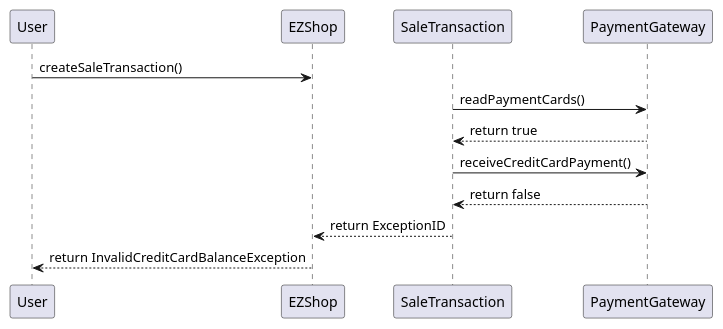
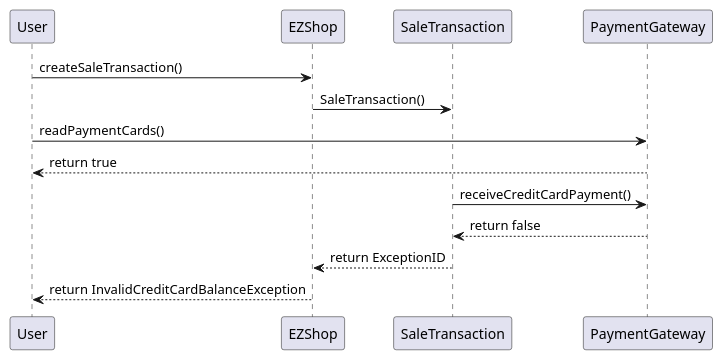
Before and after one commit to giuseppesalvi/ezshop: diagram 18 of 21 in Deliverables/DesignDocument.md, drawn with PlantUML. The commit also changed other lines of this file, not shown here.

````diff
--- a/Deliverables/DesignDocument.md
+++ b/Deliverables/DesignDocument.md
@@ -557,15 +559,16 @@
 ```plantuml
 @startuml
 participant User
 participant EZShop
 participant SaleTransaction
 participant PaymentGateway
 User -> EZShop : createSaleTransaction()
-SaleTransaction -> PaymentGateway : readPaymentCards()
-SaleTransaction <-- PaymentGateway : return true
+EZShop -> SaleTransaction : SaleTransaction()
+User -> PaymentGateway : readPaymentCards()
+User <-- PaymentGateway : return true
 SaleTransaction -> PaymentGateway : receiveCreditCardPayment()
 SaleTransaction <-- PaymentGateway : return false
 EZShop <-- SaleTransaction : return ExceptionID
 User <-- EZShop : return InvalidCreditCardBalanceException
 @enduml
 ```
````
